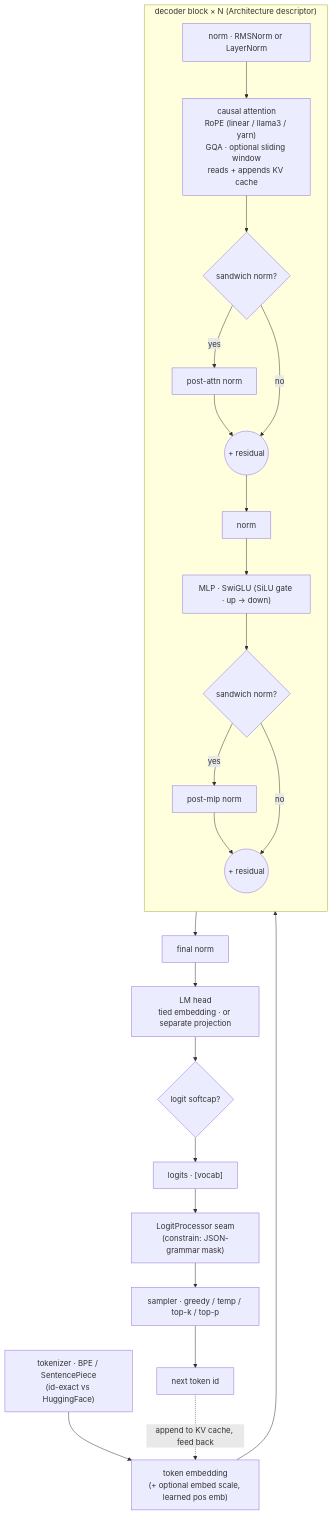
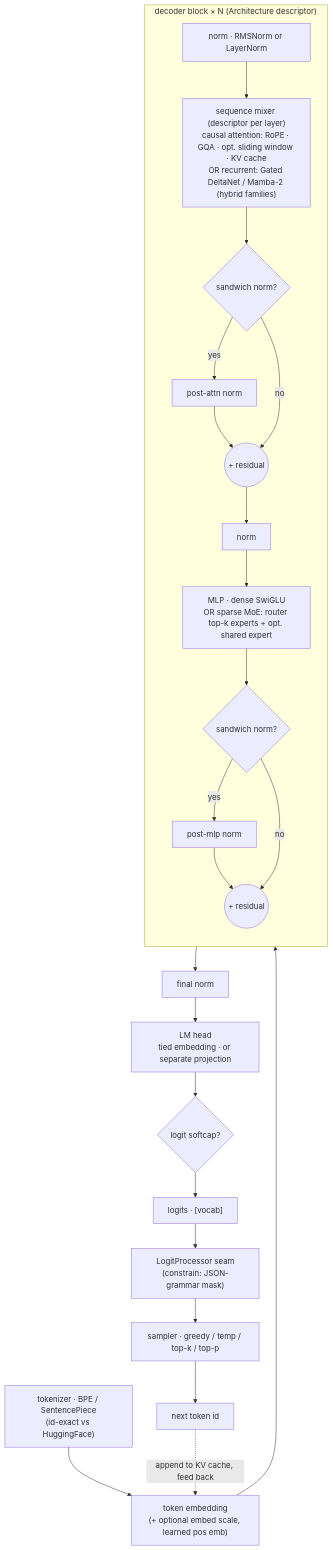
The first of 3 diagrams in docs/ARCHITECTURE.md (townsendmerino/goinfer), drawn with Mermaid before and after one commit. The commit also changed other lines of this file, not shown here.

First line of the commit message:
docs(architecture): reflect MoE families + the Mamba-2 hybrid + run-bigger-than-RAM

````diff
--- a/docs/ARCHITECTURE.md
+++ b/docs/ARCHITECTURE.md
@@ -27,26 +45,26 @@
 ```mermaid
 flowchart TB
   TOK["tokenizer · BPE / SentencePiece<br/>(id-exact vs HuggingFace)"] --> EMB["token embedding<br/>(+ optional embed scale, learned pos emb)"]
   EMB --> BLK
 
   subgraph BLK["decoder block × N  (Architecture descriptor)"]
     direction TB
-    N1["norm · RMSNorm or LayerNorm"] --> ATT["causal attention<br/>RoPE (linear / llama3 / yarn)<br/>GQA · optional sliding window<br/>reads + appends KV cache"]
+    N1["norm · RMSNorm or LayerNorm"] --> ATT["sequence mixer (descriptor per layer)<br/>causal attention: RoPE · GQA · opt. sliding window · KV cache<br/>OR recurrent: Gated DeltaNet / Mamba-2 (hybrid families)"]
     ATT --> PA{"sandwich norm?"}
     PA -->|yes| N1b["post-attn norm"] --> R1(("+ residual"))
     PA -->|no| R1
-    R1 --> N2["norm"] --> MLP["MLP · SwiGLU (SiLU gate · up → down)"]
+    R1 --> N2["norm"] --> MLP["MLP · dense SwiGLU<br/>OR sparse MoE: router top-k experts + opt. shared expert"]
     MLP --> PB{"sandwich norm?"}
     PB -->|yes| N2b["post-mlp norm"] --> R2(("+ residual"))
     PB -->|no| R2
   end
 
   BLK --> FN["final norm"]
   FN --> HEAD["LM head<br/>tied embedding · or separate projection"]
   HEAD --> SC{"logit softcap?"}
   SC --> LOG["logits · [vocab]"]
   LOG --> PROC["LogitProcessor seam<br/>(constrain: JSON-grammar mask)"]
   PROC --> SMP["sampler · greedy / temp / top-k / top-p"]
   SMP --> NXT["next token id"]
   NXT -. "append to KV cache, feed back" .-> EMB
 ```
````
